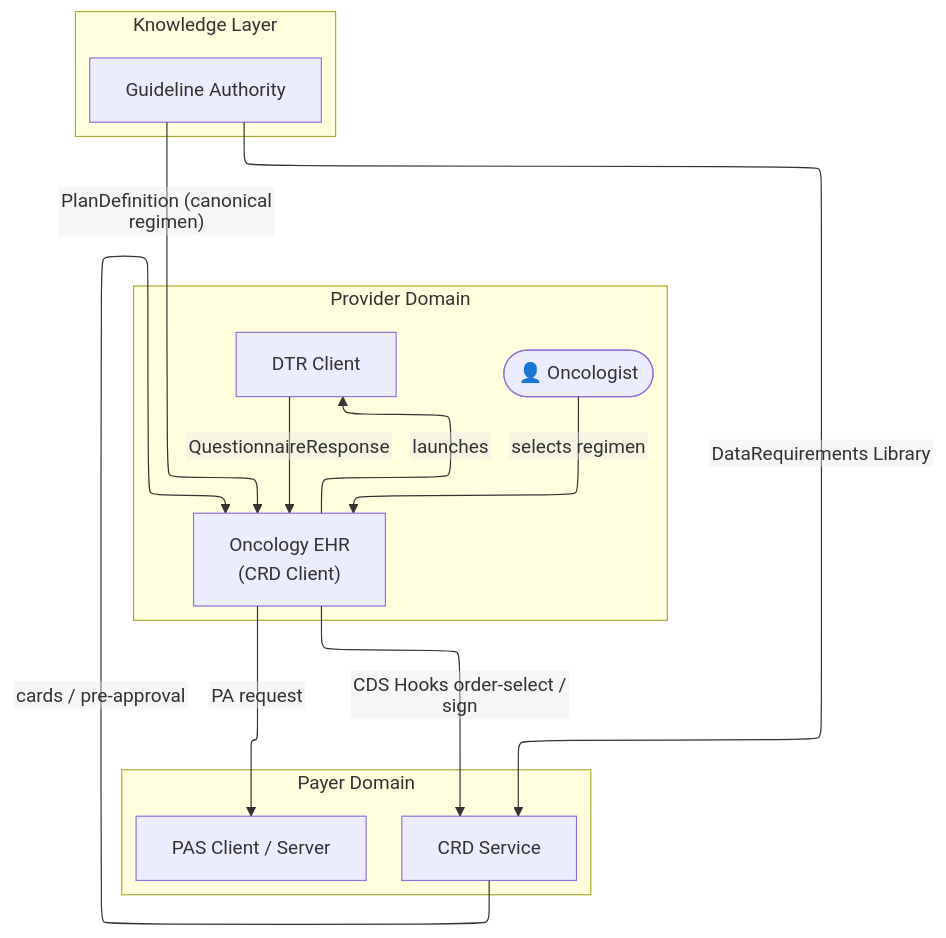
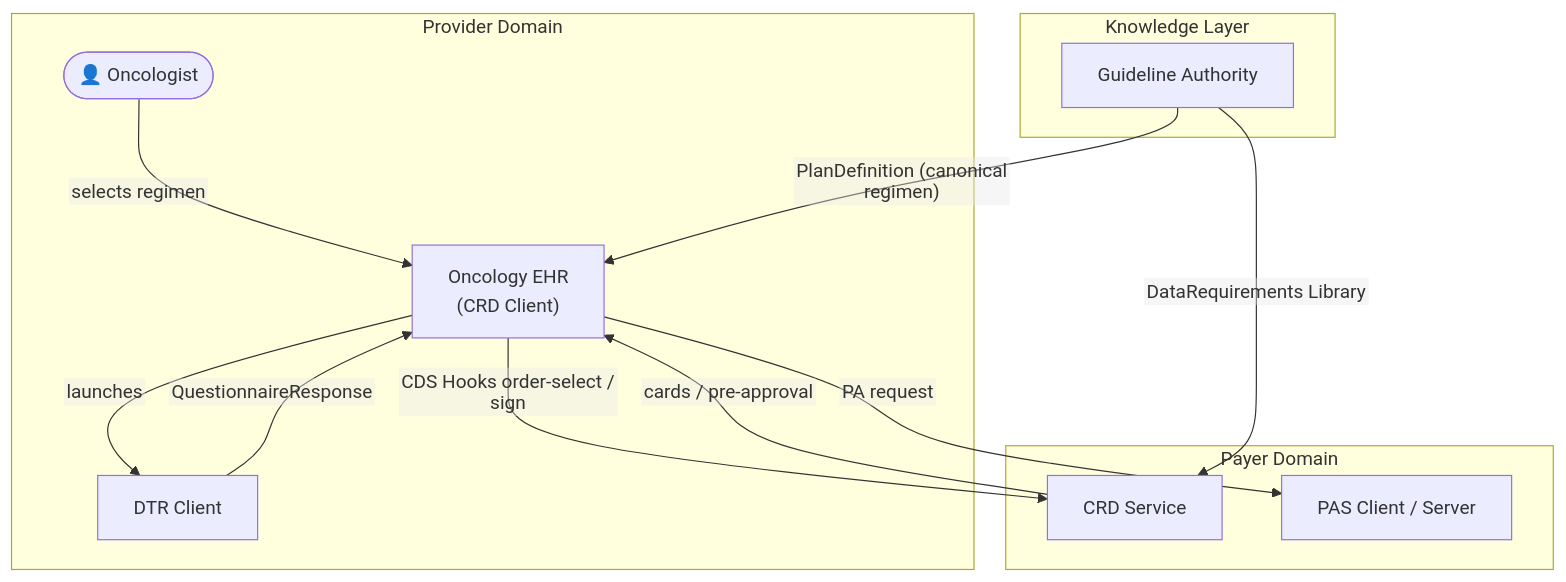
Before and after one commit to reason-healthcare/hl7-codex-ocpa: the first of 2 diagrams in input/pagecontent/use-cases.md, drawn with Mermaid. The commit also changed 1 other file, not shown here.

Commit message:
fix: remove elk layout — not bundled in IG Publisher's mermaid
The IG Publisher bundles mermaid 11.12.1 with only two registered
layout loaders: dagre (default) and cose-bilkent (mindmaps).
elkjs is referenced in the config schema but not bundled.

Removed 'layout': 'elk' from all %%{init}%% directives in:
  input/pagecontent/index.md
  input/pagecontent/use-cases.md

Updated skill guidance to document that elk is not available
and to not recommend it.

````diff
--- a/input/pagecontent/use-cases.md
+++ b/input/pagecontent/use-cases.md
@@ -14,27 +14,27 @@
 ```mermaid
-%%{init: {'layout': 'elk', 'flowchart': {'htmlLabels': false}}}%%
+%%{init: {'flowchart': {'htmlLabels': false}}}%%
 flowchart TD
   subgraph Provider ["Provider Domain"]
     Clinician(["👤 Oncologist"])
     EHR["Oncology EHR\n(CRD Client)"]
     DTR["DTR Client"]
   end
 
   subgraph Payer ["Payer Domain"]
     CRD["CRD Service"]
     PAS["PAS Client / Server"]
   end
 
   subgraph Knowledge ["Knowledge Layer"]
     GA["Guideline Authority"]
   end
 
   Clinician -- "selects regimen" --> EHR
   EHR -- "CDS Hooks order-select / sign" --> CRD
   CRD -- "cards / pre-approval" --> EHR
   EHR -- "launches" --> DTR
   DTR -- "QuestionnaireResponse" --> EHR
   EHR -- "PA request" --> PAS
   GA -- "PlanDefinition (canonical regimen)" --> EHR
   GA -- "DataRequirements Library" --> CRD
 ```
````
